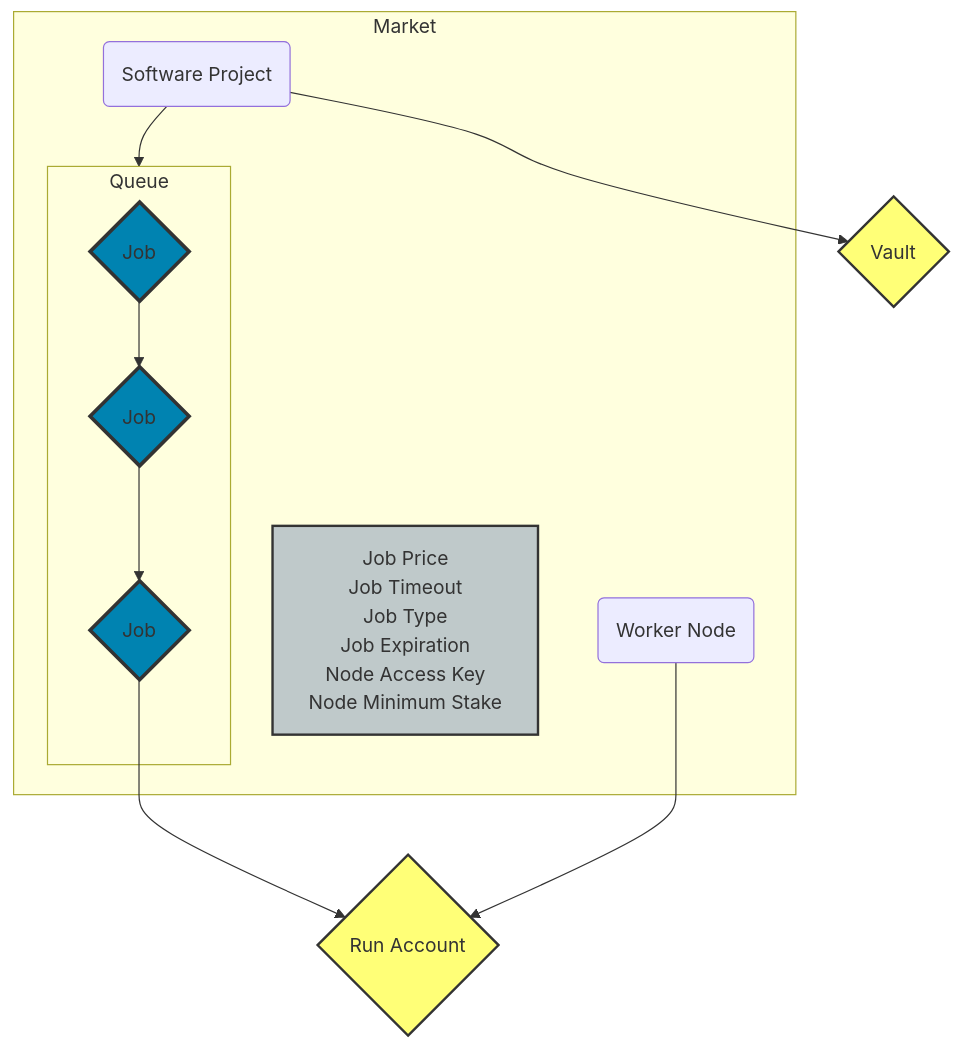
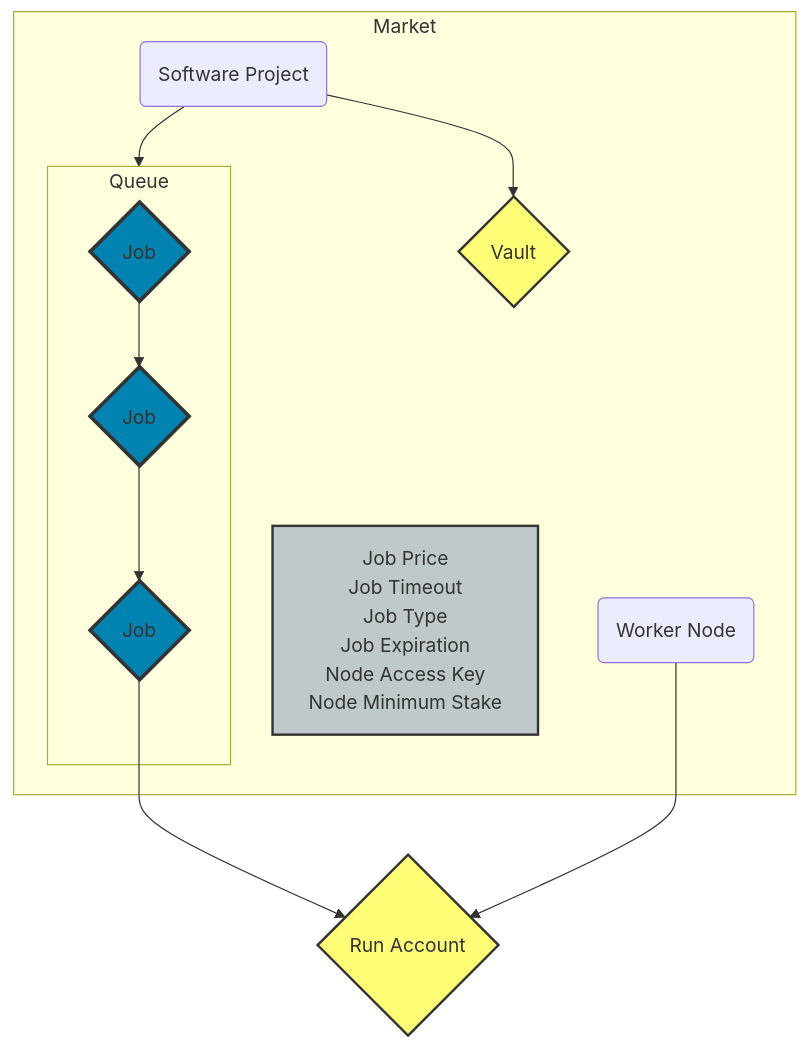
One commit to nosana-ci/docs.nosana.io changed the third of 4 diagrams in docs/programs/jobs.md. Above: the diagram before and after it, drawn with Mermaid. The commit also changed other lines of this file and 3 other files, not shown here.

Commit message:
update diagrams

````diff
--- a/docs/programs/jobs.md
+++ b/docs/programs/jobs.md
@@ -760,34 +762,33 @@
 ```mermaid
 flowchart TB
     subgraph Market
         market
         node
         project
         subgraph Queue
             order1 --> order2 --> order3
         end
+        vault
     end
-
-    vault
 
     project --> Queue
     project --> vault
     order3 --> run
     node --> run
 
     node(Worker Node)
     project(Software Project)
     order1{Job}
     order2{Job}
     order3{Job}
     vault{Vault}
     run{Run Account}
     market[Job Price<br>Job Timeout<br>Job Type<br>Job Expiration<br>Node Access Key<br>Node Minimum Stake]
 
     classDef blue fill:#0083B1,stroke:#333,stroke-width:3px;
     classDef yellow fill:#ff7,stroke:#333,stroke-width:2px;
     classDef grey fill:#BFC9CA,stroke:#333,stroke-width:2px;
     class order1,order2,order3 blue;
     class run,vault yellow;
     class market grey;
 ```
````
